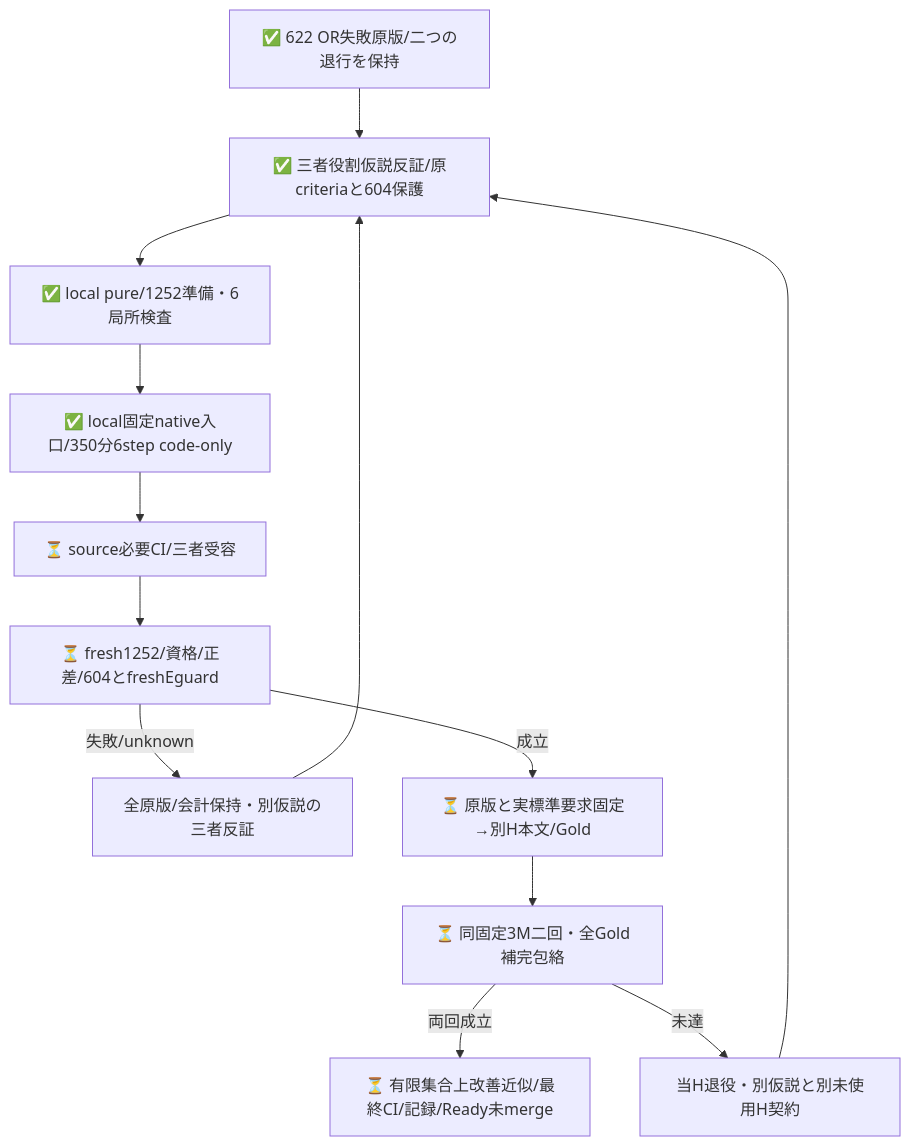
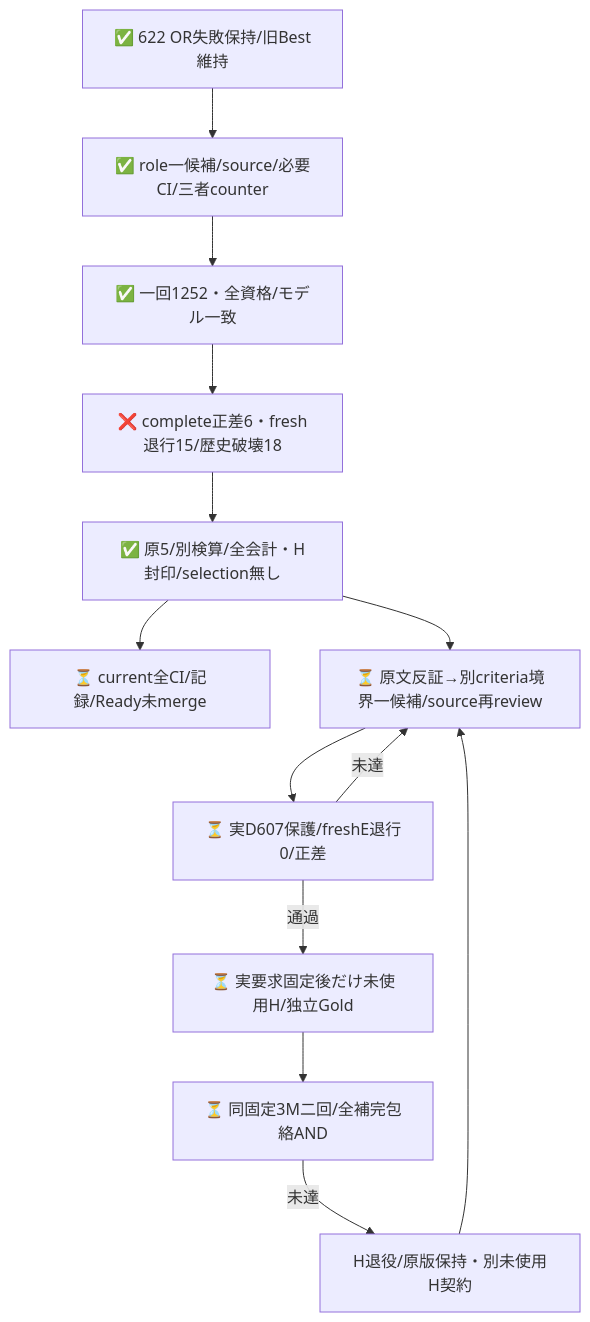
The diagram in experiments/sys1-eval-loop/expectation-role/README.md (roccho-org/ops), drawn with Mermaid before and after one commit. The commit also changed other lines of this file and 10 other files, not shown here.

````diff
--- a/experiments/sys1-eval-loop/expectation-role/README.md
+++ b/experiments/sys1-eval-loop/expectation-role/README.md
@@ -13,15 +26,15 @@
 ```mermaid
 flowchart TB
-  A[✅ 622 OR失敗原版/二つの退行を保持] --> B[✅ 三者役割仮説反証/原criteriaと604保護]
-  B --> C[✅ local pure/1252準備・6局所検査]
-  C --> N[✅ local固定native入口/350分6step code-only]
-  N --> D[⏳ source必要CI/三者受容]
-  D --> E[⏳ fresh1252/資格/正差/604とfreshEguard]
-  E -->|失敗/unknown| F[全原版/会計保持・別仮説の三者反証]
-  F --> B
-  E -->|成立| G[⏳ 原版と実標準要求固定→別H本文/Gold]
-  G --> H[⏳ 同固定3M二回・全Gold補完包絡]
-  H -->|両回成立| I[⏳ 有限集合上改善近似/最終CI/記録/Ready未merge]
-  H -->|未達| J[当H退役・別仮説と別未使用H契約]
-  J --> B
+  A[✅ 622 OR失敗保持/旧Best維持] --> B[✅ role一候補/source/必要CI/三者counter]
+  B --> C[✅ 一回1252・全資格/モデル一致]
+  C --> D[❌ complete正差6・fresh退行15/歴史破壊18]
+  D --> E[✅ 原5/別検算/全会計・H封印/selection無し]
+  E --> F[⏳ current全CI/記録/Ready未merge]
+  E --> G[⏳ 原文反証→別criteria境界一候補/source再review]
+  G --> H[⏳ 実D607保護/freshE退行0/正差]
+  H -->|未達| G
+  H -->|通過| I[⏳ 実要求固定後だけ未使用H/独立Gold]
+  I --> J[⏳ 同固定3M二回/全補完包絡AND]
+  J -->|未達| K[H退役/原版保持・別未使用H契約]
+  K --> G
 ```
````
